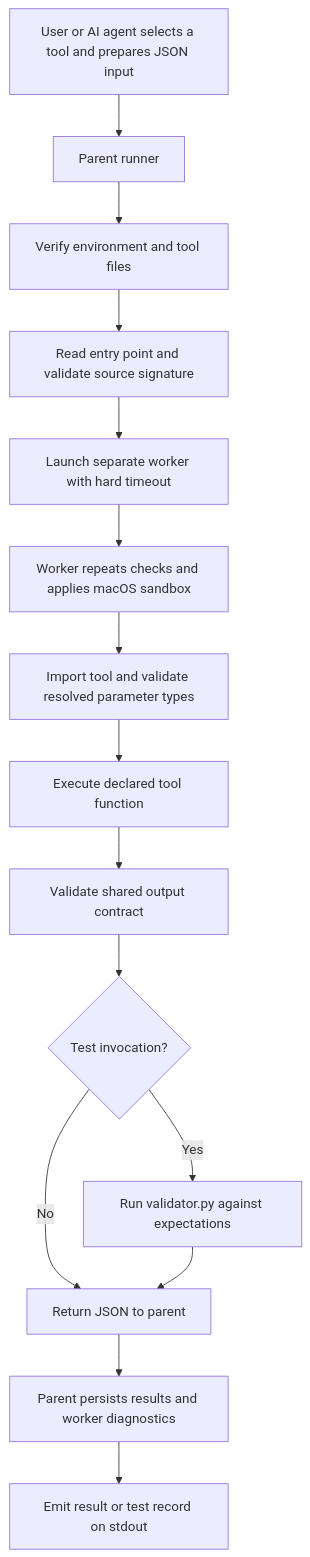
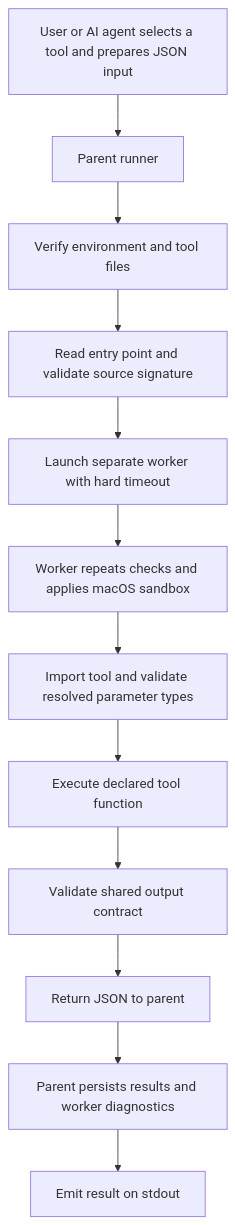
The diagram in tools/README.md (prasu07nitc-ipcs/pai-search), drawn with Mermaid before and after one commit. The commit also changed other lines of this file and 11 other files, not shown here.

````diff
--- a/tools/README.md
+++ b/tools/README.md
@@ -51,17 +46,14 @@
 ```mermaid
 flowchart TD
     A[User or AI agent selects a tool and prepares JSON input] --> B[Parent runner]
     B --> C[Verify environment and tool files]
     C --> D[Read entry point and validate source signature]
     D --> E[Launch separate worker with hard timeout]
     E --> F[Worker repeats checks and applies macOS sandbox]
     F --> G[Import tool and validate resolved parameter types]
     G --> H[Execute declared tool function]
     H --> I[Validate shared output contract]
-    I --> J{Test invocation?}
-    J -->|Yes| K[Run validator.py against expectations]
-    J -->|No| L[Return JSON to parent]
-    K --> L
+    I --> L[Return JSON to parent]
     L --> M[Parent persists results and worker diagnostics]
-    M --> N[Emit result or test record on stdout]
+    M --> N[Emit result on stdout]
 ```
````
